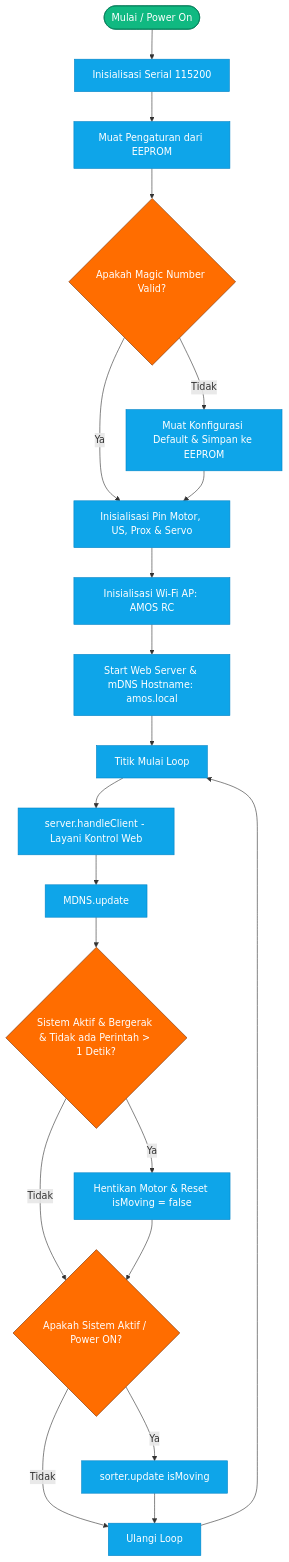
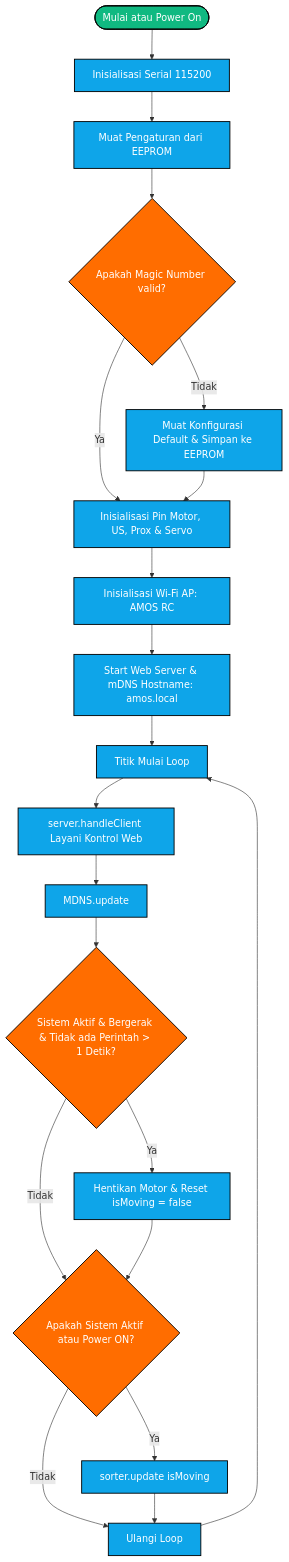
The first of 3 diagrams in README.md (Miinitss/AMOS), drawn with Mermaid before and after one commit. The commit also changed other lines of this file, not shown here.

Commit message:
Fix flowchart graph

````diff
--- a/README.md
+++ b/README.md
@@ -65,56 +65,56 @@
 ```mermaid
 graph TD
     %% Nodes Definition
-    Start([Mulai / Power On])
-    InitSerial[Inisialisasi Serial 115200]
-    LoadEEPROM[Muat Pengaturan dari EEPROM]
-    CheckMagic{Apakah Magic Number Valid?}
-    ResetDefault[Muat Konfigurasi Default & Simpan ke EEPROM]
-    InitHardware[Inisialisasi Pin Motor, US, Prox & Servo]
-    StartWiFi[Inisialisasi Wi-Fi AP: AMOS RC]
-    StartServer[Start Web Server & mDNS Hostname: amos.local]
-    MainLoop[Titik Mulai Loop]
-    HandleClient[server.handleClient - Layani Kontrol Web]
-    MDNSUpdate[MDNS.update]
-    CheckFailSafe{Sistem Aktif & Bergerak & Tidak ada Perintah > 1 Detik?}
-    ForceStop[Hentikan Motor & Reset isMoving = false]
-    CheckSystemActive{Apakah Sistem Aktif / Power ON?}
-    SorterUpdate[sorter.update isMoving]
-    LoopEnd[Ulangi Loop]
+    Start(["Mulai atau Power On"])
+    InitSerial["Inisialisasi Serial 115200"]
+    LoadEEPROM["Muat Pengaturan dari EEPROM"]
+    CheckMagic{"Apakah Magic Number valid?"}
+    ResetDefault["Muat Konfigurasi Default & Simpan ke EEPROM"]
+    InitHardware["Inisialisasi Pin Motor, US, Prox & Servo"]
+    StartWiFi["Inisialisasi Wi-Fi AP: AMOS RC"]
+    StartServer["Start Web Server & mDNS Hostname: amos.local"]
+    MainLoop["Titik Mulai Loop"]
+    HandleClient["server.handleClient Layani Kontrol Web"]
+    MDNSUpdate["MDNS.update"]
+    CheckFailSafe{"Sistem Aktif & Bergerak & Tidak ada Perintah > 1 Detik?"}
+    ForceStop["Hentikan Motor & Reset isMoving = false"]
+    CheckSystemActive{"Apakah Sistem Aktif atau Power ON?"}
+    SorterUpdate["sorter.update isMoving"]
+    LoopEnd["Ulangi Loop"]
 
     %% Connections
     Start --> InitSerial
     InitSerial --> LoadEEPROM
     LoadEEPROM --> CheckMagic
     
     CheckMagic -- Tidak --> ResetDefault
     CheckMagic -- Ya --> InitHardware
     
     ResetDefault --> InitHardware
     InitHardware --> StartWiFi
     StartWiFi --> StartServer
     StartServer --> MainLoop
 
     MainLoop --> HandleClient
     HandleClient --> MDNSUpdate
     
     MDNSUpdate --> CheckFailSafe
     CheckFailSafe -- Ya --> ForceStop
     CheckFailSafe -- Tidak --> CheckSystemActive
     
     ForceStop --> CheckSystemActive
     CheckSystemActive -- Ya --> SorterUpdate
     CheckSystemActive -- Tidak --> LoopEnd
     
     SorterUpdate --> LoopEnd
     LoopEnd --> MainLoop
 
     %% Style & Color Customization (ISO Standard Conformity)
-    classDef terminator fill:#10b981,stroke:#047857,color:#fff;
-    classDef process fill:#0ea5e9,stroke:#0284c7,color:#fff;
-    classDef decision fill:#FF6D00,stroke:#78350f,color:#fff;
+    classDef terminator fill:#10b981,stroke:#000,stroke-width:1.5px,color:#fff;
+    classDef process fill:#0ea5e9,stroke:#000,stroke-width:1.5px,color:#fff;
+    classDef decision fill:#FF6D00,stroke:#000,stroke-width:1.5px,color:#fff;
 
     class Start terminator;
     class InitSerial,LoadEEPROM,ResetDefault,InitHardware,StartWiFi,StartServer,MainLoop,HandleClient,MDNSUpdate,ForceStop,SorterUpdate,LoopEnd process;
     class CheckMagic,CheckFailSafe,CheckSystemActive decision;
 ```
````
